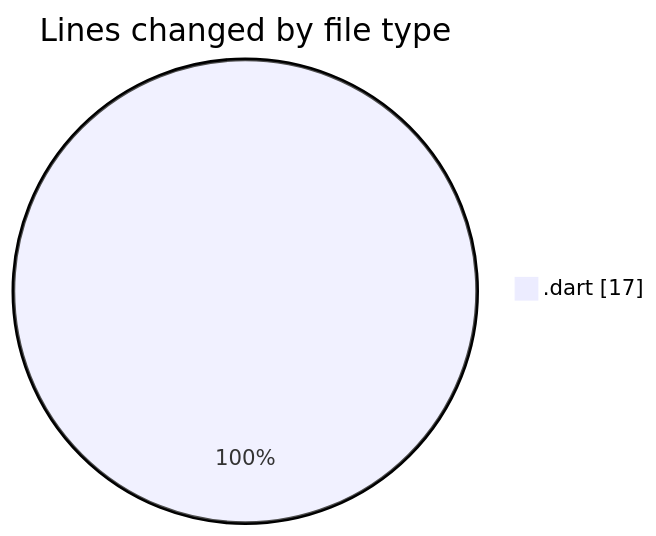
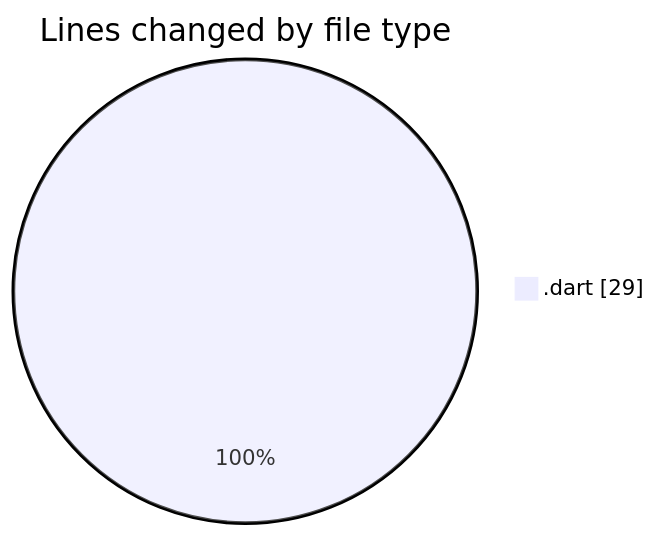
Before and after one commit to donsfak/code-tracking: the first of 2 diagrams in 2025-03-23/wordle/README.md, drawn with Mermaid. The commit also changed other lines of this file and 1 other file, not shown here.

````diff
--- a/2025-03-23/wordle/README.md
+++ b/2025-03-23/wordle/README.md
@@ -21,5 +22,5 @@
 ```mermaid
 pie showData
 title Lines changed by file type
-".dart" : 17
+".dart" : 29
 ```
````
